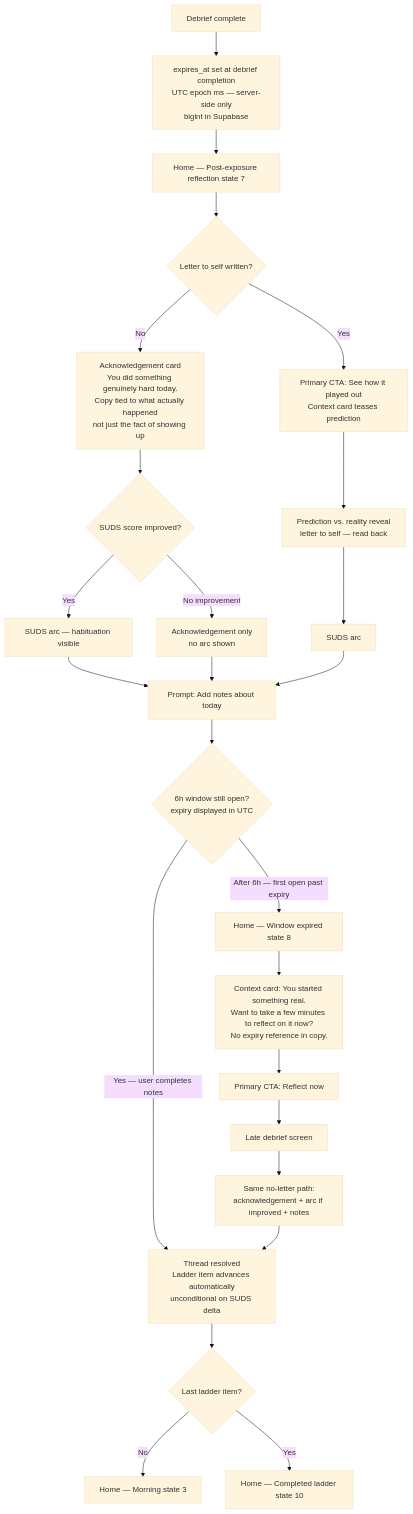
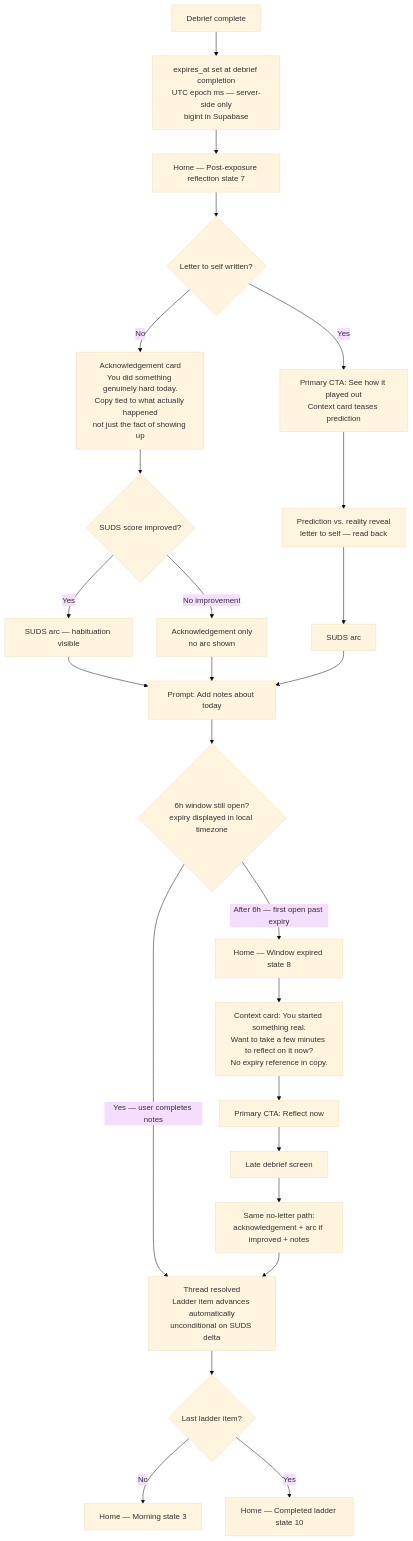
Before and after one commit to amitabhn/exposure-buddy-5: the sixth of 6 diagrams in _bmad-output/planning-artifacts/ux-design-specification.md, drawn with Mermaid (base theme). The commit also changed other lines of this file and 8 other files, not shown here.

````diff
--- a/_bmad-output/planning-artifacts/ux-design-specification.md
+++ b/_bmad-output/planning-artifacts/ux-design-specification.md
@@ -1187,27 +1189,27 @@
 ```mermaid
 flowchart TD
     A[Debrief complete] --> B[expires_at set at debrief completion\nUTC epoch ms — server-side only\nbigint in Supabase]
     B --> C[Home — Post-exposure reflection state 7]
     C --> D{Letter to self written?}
     D -->|Yes| E[Primary CTA: See how it played out\nContext card teases prediction]
     D -->|No| F[Acknowledgement card\nYou did something genuinely hard today.\nCopy tied to what actually happened\nnot just the fact of showing up]
     E --> G[Prediction vs. reality reveal\nletter to self — read back]
     F --> H{SUDS score improved?}
     H -->|Yes| I[SUDS arc — habituation visible]
     H -->|No improvement| J[Acknowledgement only\nno arc shown]
     I --> K[Prompt: Add notes about today]
     J --> K
     G --> L[SUDS arc]
     L --> K
-    K --> M{6h window still open?\nexpiry displayed in UTC}
+    K --> M{6h window still open?\nexpiry displayed in local timezone}
     M -->|Yes — user completes notes| N[Thread resolved\nLadder item advances automatically\nunconditional on SUDS delta]
     M -->|After 6h — first open past expiry| O[Home — Window expired state 8]
     N --> P{Last ladder item?}
     P -->|No| Q[Home — Morning state 3]
     P -->|Yes| R[Home — Completed ladder state 10]
     O --> S[Context card: You started something real.\nWant to take a few minutes to reflect on it now?\nNo expiry reference in copy.]
     S --> T[Primary CTA: Reflect now]
     T --> U[Late debrief screen]
     U --> V[Same no-letter path:\nacknowledgement + arc if improved + notes]
     V --> N
 ```
````
